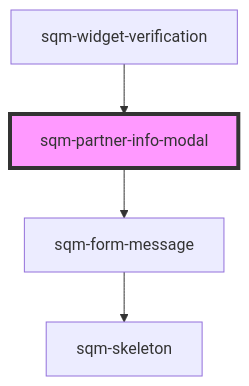
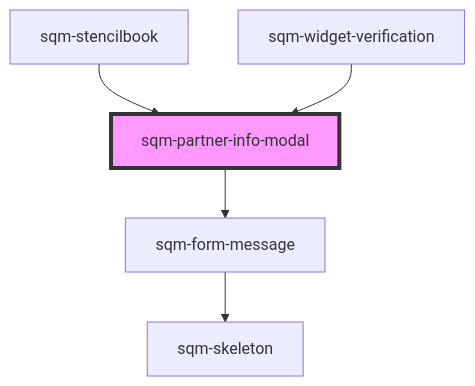
One commit to saasquatch/program-tools changed the diagram in packages/mint-components/src/components/sqm-partner-info-modal/readme.md. Above: the diagram before and after it, drawn with Mermaid. The commit also changed other lines of this file and 6 other files, not shown here.

Commit message:
Add support ICU string in partner modal

````diff
--- a/packages/mint-components/src/components/sqm-partner-info-modal/readme.md
+++ b/packages/mint-components/src/components/sqm-partner-info-modal/readme.md
@@ -44,7 +46,8 @@
 ```mermaid
 graph TD;
   sqm-partner-info-modal --> sqm-form-message
   sqm-form-message --> sqm-skeleton
+  sqm-stencilbook --> sqm-partner-info-modal
   sqm-widget-verification --> sqm-partner-info-modal
   style sqm-partner-info-modal fill:#f9f,stroke:#333,stroke-width:4px
 ```
````
